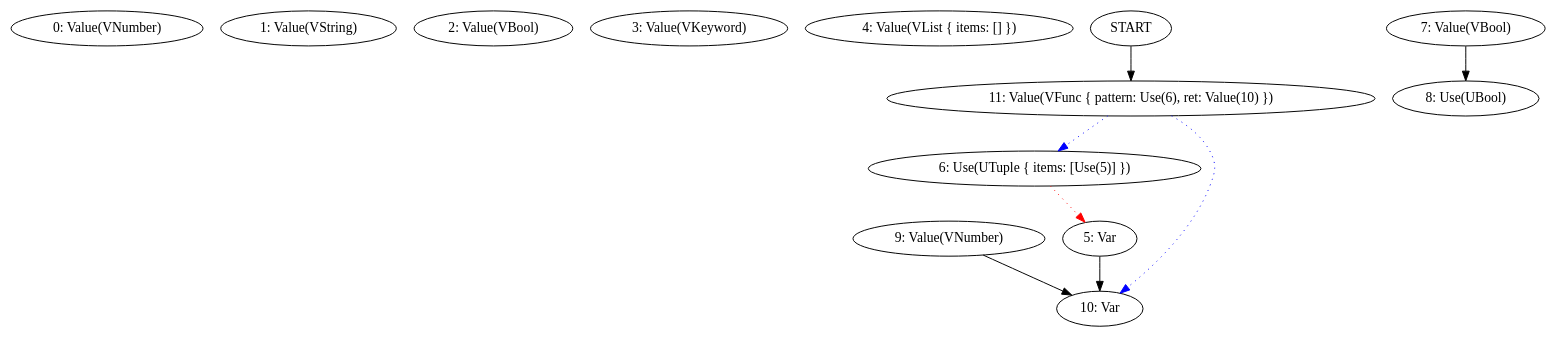
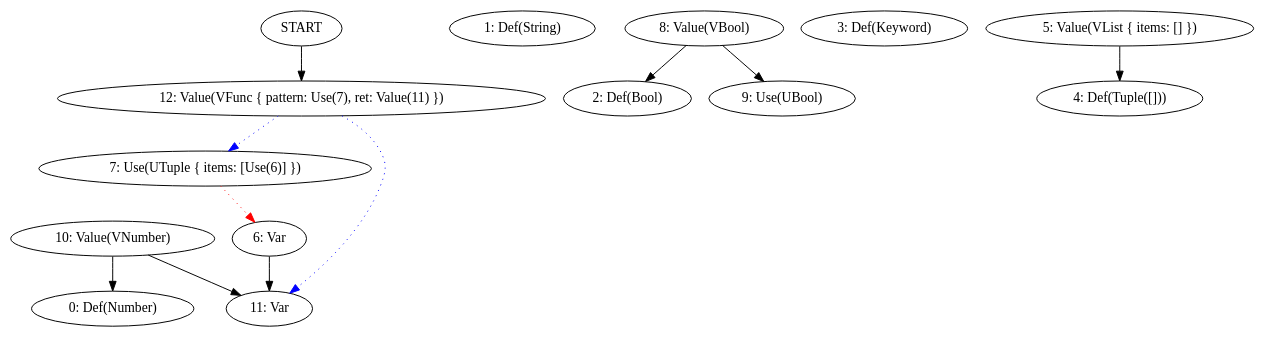
The diagram in docs/log/2025-06-18.md (frondeus/project-s), drawn with Graphviz before and after one commit. The commit also changed 52 other files, not shown here.

````diff
--- a/docs/log/2025-06-18.md
+++ b/docs/log/2025-06-18.md
@@ -18,24 +18,28 @@
 ```graphviz
 digraph G {
-N0 [label="0: Value(VNumber)"];
-N1 [label="1: Value(VString)"];
-N2 [label="2: Value(VBool)"];
-N3 [label="3: Value(VKeyword)"];
-N4 [label="4: Value(VList { items: [] })"];
-N5 [label="5: Var"];
-N6 [label="6: Use(UTuple { items: [Use(5)] })"];
-N7 [label="7: Value(VBool)"];
-N8 [label="8: Use(UBool)"];
-N9 [label="9: Value(VNumber)"];
-N10 [label="10: Var"];
-N11 [label="11: Value(VFunc { pattern: Use(6), ret: Value(10) })"];
-START -> N11
-N6 -> N5 [color=red, style=dotted];
-N11 -> N6 [color=blue, style=dotted];
-N11 -> N10 [color=blue, style=dotted];
-N5 -> N10;
-N7 -> N8;
-N9 -> N10;
+N0 [label="0: Def(Number)"];
+N1 [label="1: Def(String)"];
+N2 [label="2: Def(Bool)"];
+N3 [label="3: Def(Keyword)"];
+N4 [label="4: Def(Tuple([]))"];
+N5 [label="5: Value(VList { items: [] })"];
+N6 [label="6: Var"];
+N7 [label="7: Use(UTuple { items: [Use(6)] })"];
+N8 [label="8: Value(VBool)"];
+N9 [label="9: Use(UBool)"];
+N10 [label="10: Value(VNumber)"];
+N11 [label="11: Var"];
+N12 [label="12: Value(VFunc { pattern: Use(7), ret: Value(11) })"];
+START -> N12
+N7 -> N6 [color=red, style=dotted];
+N12 -> N7 [color=blue, style=dotted];
+N12 -> N11 [color=blue, style=dotted];
+N5 -> N4;
+N6 -> N11;
+N8 -> N2;
+N8 -> N9;
+N10 -> N0;
+N10 -> N11;
 }
 
 ```
````
